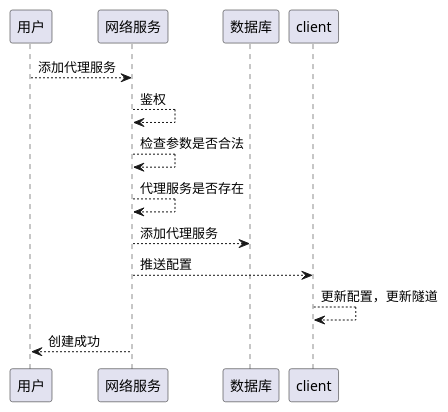
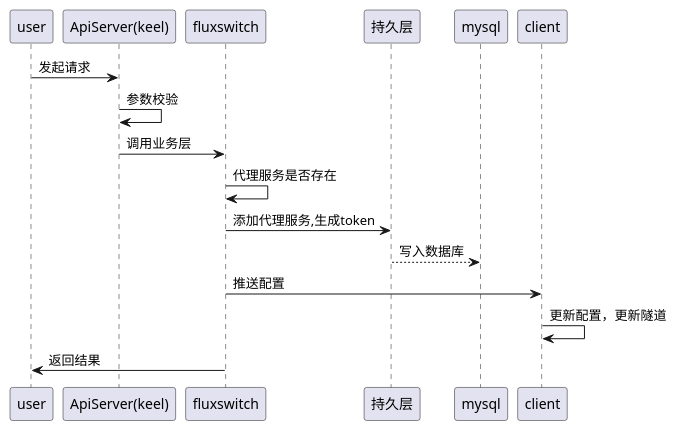
Before and after one commit to tkeel-io/docs: the seventh of 12 diagrams in docs/api/appendix/plantuml/fluxswitch.md, drawn with PlantUML. The commit also changed other lines of this file and 2 other files, not shown here.

Commit message:
feat: update plugin manager uml & fluxswicth manager

````diff
--- a/docs/api/appendix/plantuml/fluxswitch.md
+++ b/docs/api/appendix/plantuml/fluxswitch.md
@@ -158,16 +184,19 @@
 ```plantuml
+@startuml
+participant "user" as user
+participant "ApiServer(keel)" as keel
+participant "fluxswitch" as fluxswitch
+participant "持久层" as dblayer
+participant "mysql" as mysql
 
-participant "用户" as user
-participant "网络服务" as fluxswitch
-participant "数据库"  as db
-
-user --> fluxswitch : 添加代理服务
-fluxswitch --> fluxswitch : 鉴权
-fluxswitch --> fluxswitch : 检查参数是否合法
-fluxswitch --> fluxswitch : 代理服务是否存在
-fluxswitch --> db : 添加代理服务
-fluxswitch --> client : 推送配置
-client --> client : 更新配置，更新隧道
-fluxswitch --> user : 创建成功
-
+user -> keel : 发起请求
+keel -> keel : 参数校验 
+keel -> fluxswitch : 调用业务层
+fluxswitch -> fluxswitch : 代理服务是否存在
+fluxswitch -> dblayer : 添加代理服务,生成token
+dblayer --> mysql : 写入数据库
+fluxswitch -> client : 推送配置
+client -> client : 更新配置，更新隧道
+fluxswitch -> user : 返回结果
+@enduml
 ```
````
